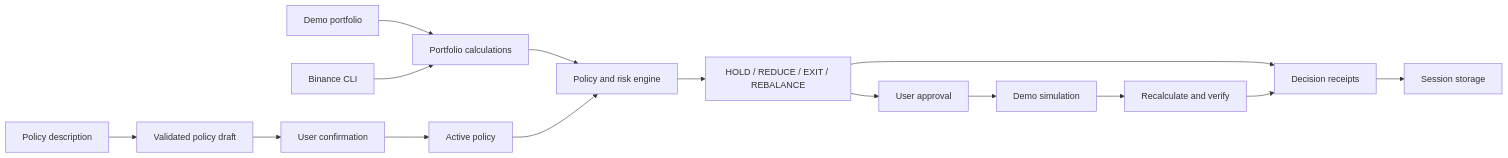
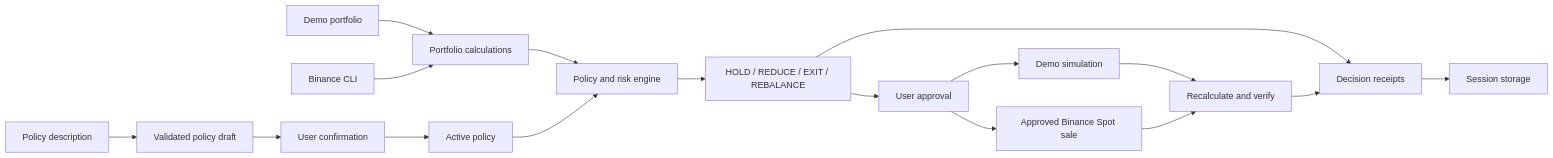
One commit to 0xnald/wardyn changed the diagram in README.md. Above: the diagram before and after it, drawn with Mermaid. The commit also changed other lines of this file and 3 other files, not shown here.

Commit message:
docs: explain Wardyn live Binance architecture

````diff
--- a/README.md
+++ b/README.md
@@ -144,17 +159,19 @@
 ```mermaid
 flowchart LR
     Demo[Demo portfolio] --> Portfolio[Portfolio calculations]
     Binance[Binance CLI] --> Portfolio
     Intent[Policy description] --> Draft[Validated policy draft]
     Draft --> Confirm[User confirmation]
     Confirm --> Policy[Active policy]
     Portfolio --> Engine[Policy and risk engine]
     Policy --> Engine
     Engine --> Decisions[HOLD / REDUCE / EXIT / REBALANCE]
     Decisions --> Receipts[Decision receipts]
     Decisions --> Approval[User approval]
     Approval --> Simulation[Demo simulation]
+    Approval --> LiveOrder[Approved Binance Spot sale]
     Simulation --> Verify[Recalculate and verify]
+    LiveOrder --> Verify
     Verify --> Receipts
     Receipts --> Storage[Session storage]
 ```
````
